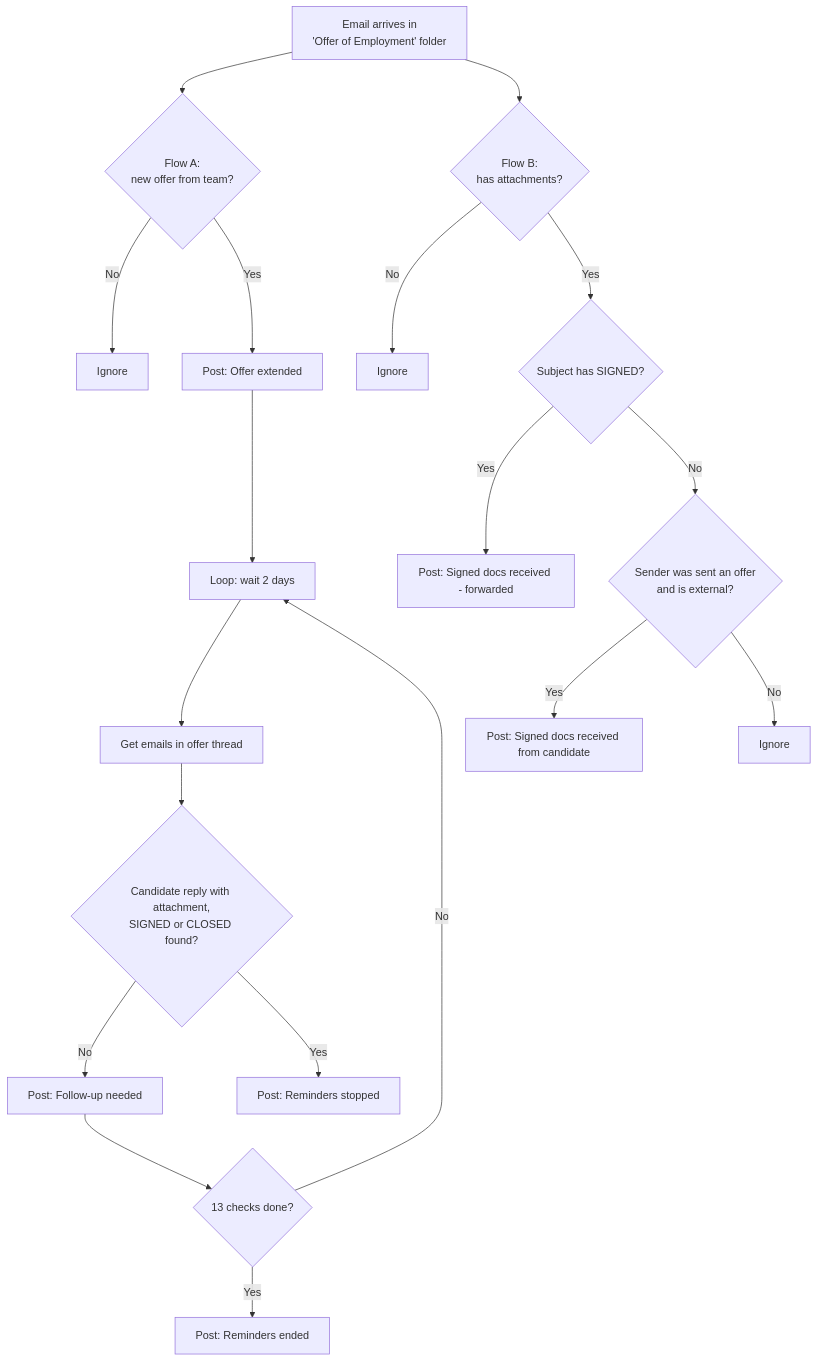
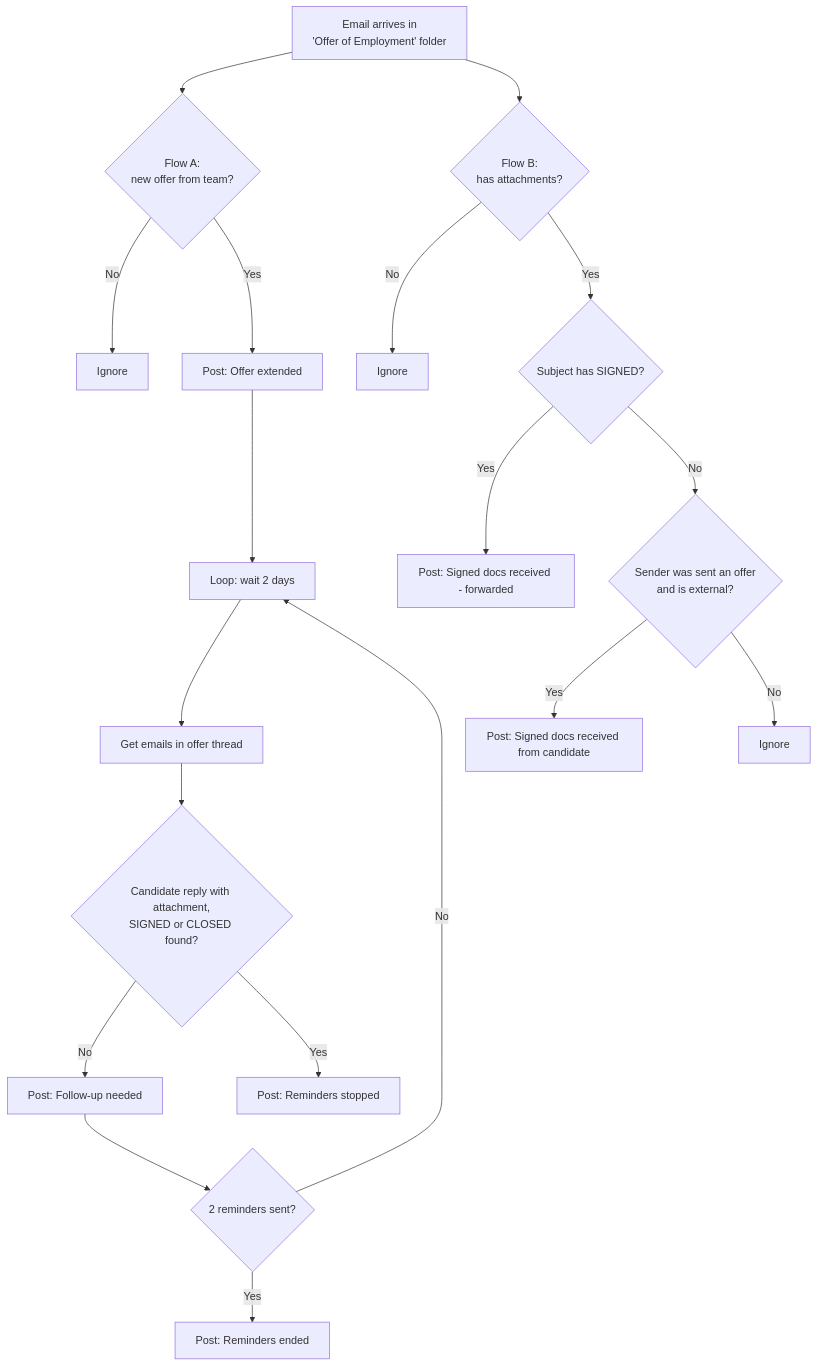
One commit to dom-rivera/attachment-radar changed the diagram in README.md. Above: the diagram before and after it, drawn with Mermaid. The commit also changed other lines of this file and 2 other files, not shown here.

Commit message:
Limit follow-ups to 2 reminders, 2 days apart

````diff
--- a/README.md
+++ b/README.md
@@ -38,22 +39,22 @@
 ```mermaid
 flowchart TD
     E[Email arrives in<br/>'Offer of Employment' folder] --> A{Flow A:<br/>new offer from team?}
     E --> B{Flow B:<br/>has attachments?}
 
     A -- No --> X1[Ignore]
     A -- Yes --> A1[Post: Offer extended]
     A1 --> L[Loop: wait 2 days]
     L --> C[Get emails in offer thread]
     C --> D{Candidate reply with attachment,<br/>SIGNED or CLOSED found?}
-    D -- No --> R[Post: Follow-up needed] --> M{13 checks done?}
+    D -- No --> R[Post: Follow-up needed] --> M{2 reminders sent?}
     M -- No --> L
     M -- Yes --> END1[Post: Reminders ended]
     D -- Yes --> END2[Post: Reminders stopped]
 
     B -- No --> X2[Ignore]
     B -- Yes --> S{Subject has SIGNED?}
     S -- Yes --> P1[Post: Signed docs received - forwarded]
     S -- No --> F{Sender was sent an offer<br/>and is external?}
     F -- Yes --> P2[Post: Signed docs received from candidate]
     F -- No --> X3[Ignore]
 ```
````
